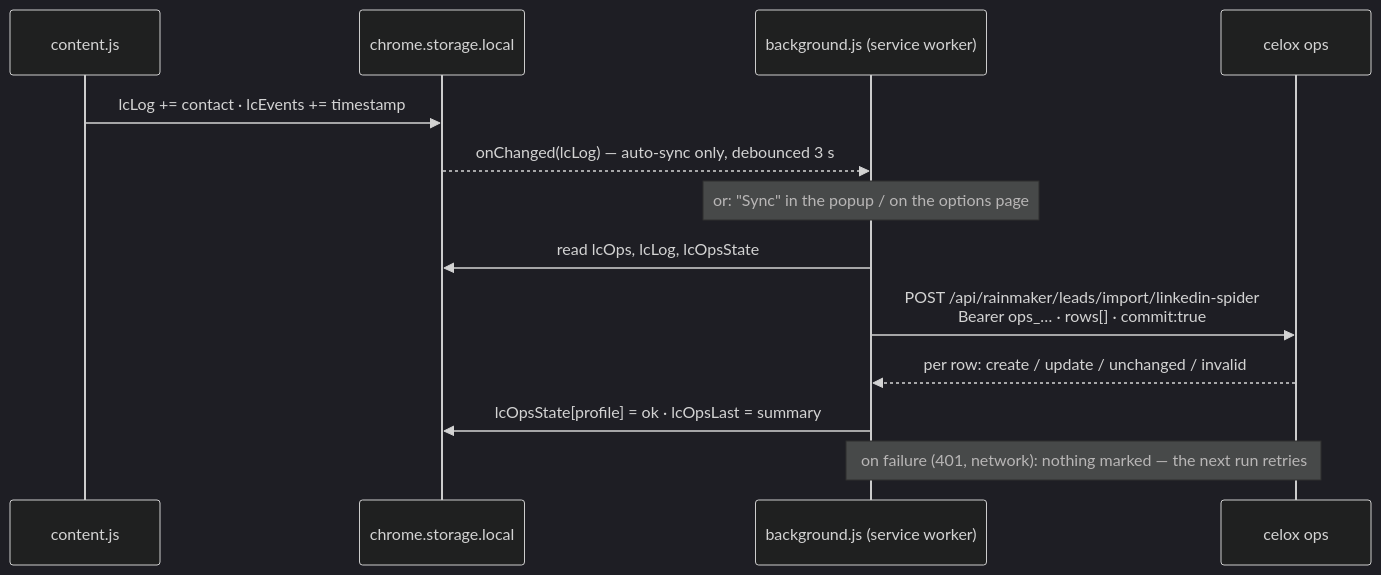
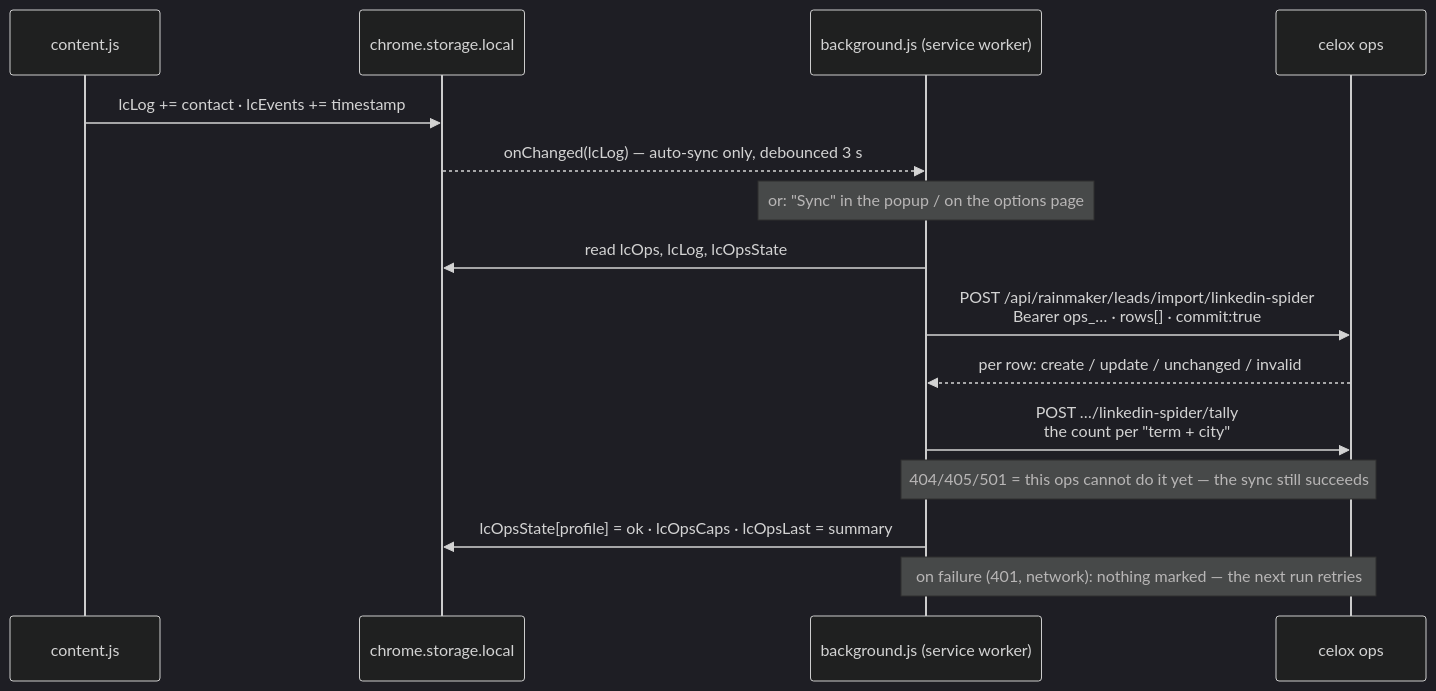
The second of 2 diagrams in README_EN.md (pepperonas/linkedin-spider), drawn with Mermaid (dark theme) before and after one commit. The commit also changed other lines of this file and 13 other files, not shown here.

````diff
--- a/README_EN.md
+++ b/README_EN.md
@@ -298,15 +298,17 @@
 ```mermaid
 sequenceDiagram
     participant CS as content.js
     participant ST as chrome.storage.local
     participant BG as background.js (service worker)
     participant OPS as celox ops
     CS->>ST: lcLog += contact · lcEvents += timestamp
     ST-->>BG: onChanged(lcLog) — auto-sync only, debounced 3 s
     Note over BG: or: "Sync" in the popup / on the options page
     BG->>ST: read lcOps, lcLog, lcOpsState
     BG->>OPS: POST /api/rainmaker/leads/import/linkedin-spider<br/>Bearer ops_… · rows[] · commit:true
     OPS-->>BG: per row: create / update / unchanged / invalid
-    BG->>ST: lcOpsState[profile] = ok · lcOpsLast = summary
+    BG->>OPS: POST …/linkedin-spider/tally<br/>the count per "term + city"
+    Note over BG,OPS: 404/405/501 = this ops cannot do it yet — the sync still succeeds
+    BG->>ST: lcOpsState[profile] = ok · lcOpsCaps · lcOpsLast = summary
     Note over BG,OPS: on failure (401, network): nothing marked — the next run retries
 ```
````
